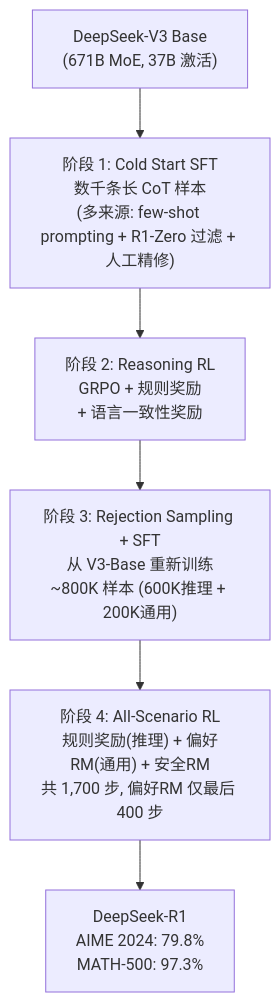
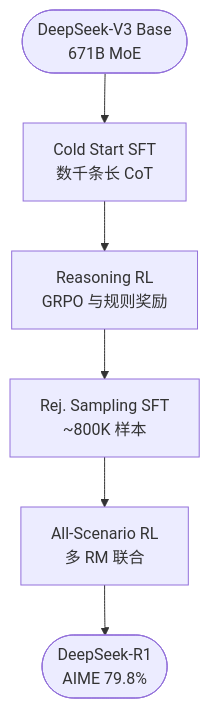
Before and after one commit to XavierZhang2002/agentic-rl-analysis: the first of 3 diagrams in docs/post-training/ch2/2.1-deepseek.md, drawn with Mermaid. The commit also changed other lines of this file and 12 other files, not shown here.

First line of the commit message:
refactor: 全站 Mermaid 图表结构优化 (13 文件 23 图)

````diff
--- a/docs/post-training/ch2/2.1-deepseek.md
+++ b/docs/post-training/ch2/2.1-deepseek.md
@@ -60,8 +60,8 @@
 ```mermaid
 flowchart TD
-    Base["DeepSeek-V3 Base\n(671B MoE, 37B 激活)"] --> S1["阶段 1: Cold Start SFT\n数千条长 CoT 样本\n(多来源: few-shot prompting + R1-Zero 过滤 + 人工精修)"]
-    S1 --> S2["阶段 2: Reasoning RL\nGRPO + 规则奖励\n+ 语言一致性奖励"]
-    S2 --> S3["阶段 3: Rejection Sampling + SFT\n从 V3-Base 重新训练\n~800K 样本 (600K推理 + 200K通用)"]
-    S3 --> S4["阶段 4: All-Scenario RL\n规则奖励(推理) + 偏好RM(通用) + 安全RM\n共 1,700 步, 偏好RM 仅最后 400 步"]
-    S4 --> Final["DeepSeek-R1\nAIME 2024: 79.8%\nMATH-500: 97.3%"]
+    Base([DeepSeek-V3 Base\n671B MoE]) --> S1[Cold Start SFT\n数千条长 CoT]
+    S1 --> S2[Reasoning RL\nGRPO 与规则奖励]
+    S2 --> S3[Rej. Sampling SFT\n~800K 样本]
+    S3 --> S4[All-Scenario RL\n多 RM 联合]
+    S4 --> Final([DeepSeek-R1\nAIME 79.8%])
 ```
````
